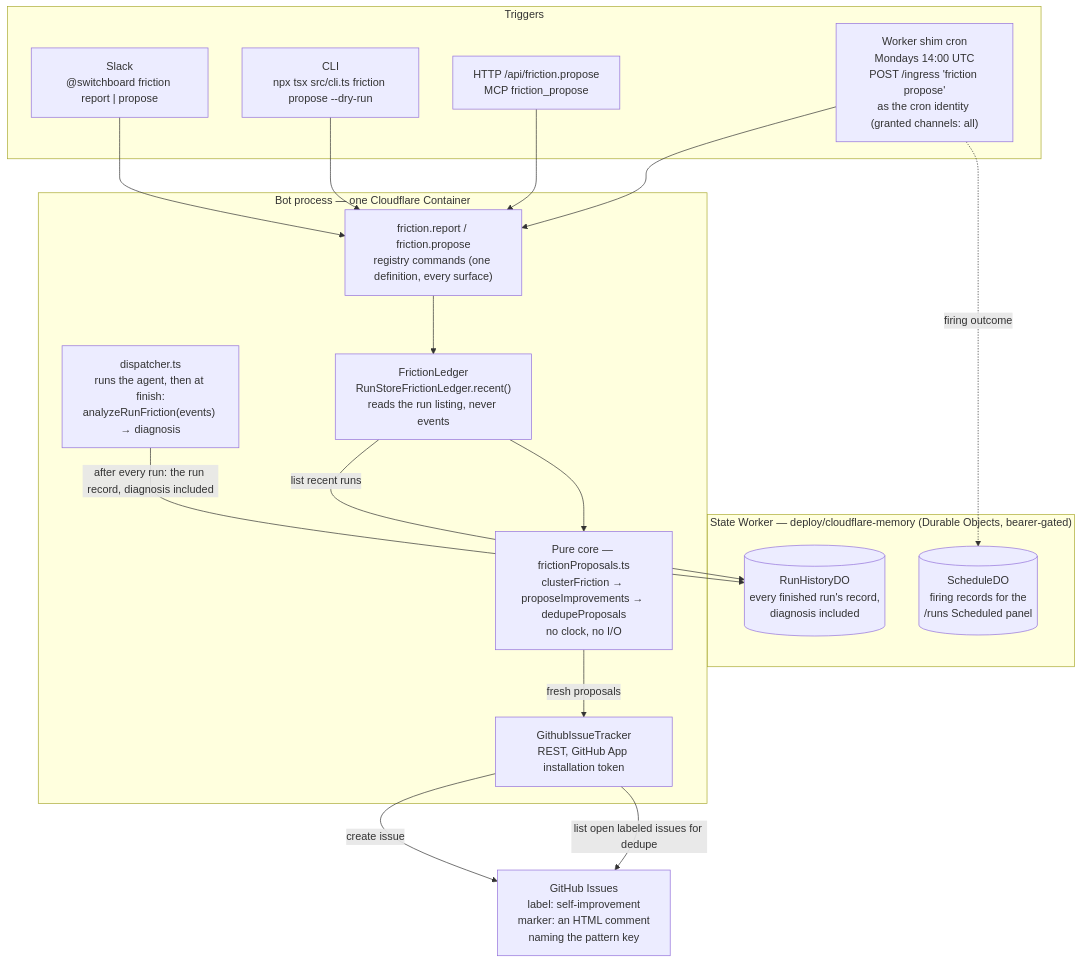
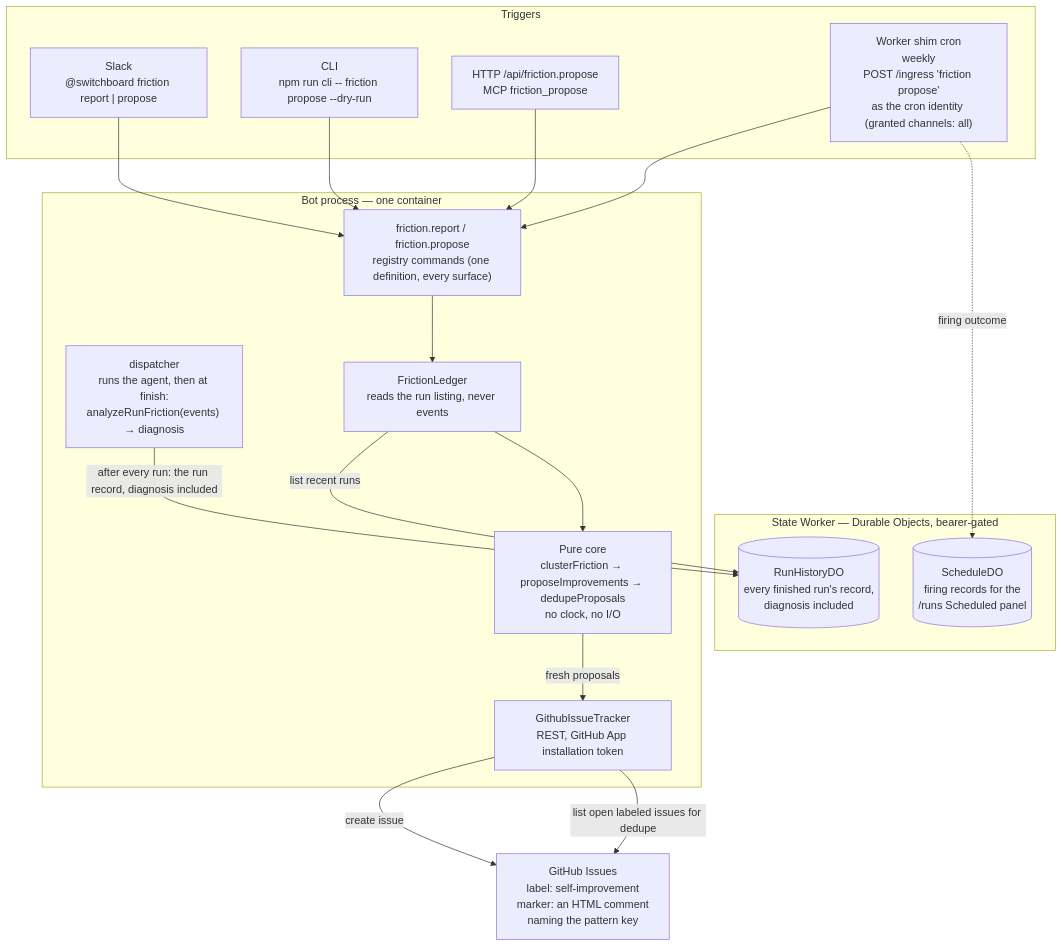
One commit to coreplanelabs/switchboard changed the second of 4 diagrams in docs/explanation/how-switchboard-improves-itself.md. Above: the diagram before and after it, drawn with Mermaid. The commit also changed other lines of this file and 41 other files, not shown here.

````diff
--- a/docs/explanation/how-switchboard-improves-itself.md
+++ b/docs/explanation/how-switchboard-improves-itself.md
@@ -38,33 +34,33 @@
 ```mermaid
 flowchart TB
     subgraph triggers ["Triggers"]
         SLACK["Slack<br/>@switchboard friction report | propose"]
-        CLI["CLI<br/>npx tsx src/cli.ts friction propose --dry-run"]
+        CLI["CLI<br/>npm run cli -- friction propose --dry-run"]
         API["HTTP /api/friction.propose<br/>MCP friction_propose"]
-        CRON["Worker shim cron<br/>Mondays 14:00 UTC<br/>POST /ingress 'friction propose'<br/>as the cron identity (granted channels: all)"]
+        CRON["Worker shim cron<br/>weekly<br/>POST /ingress 'friction propose'<br/>as the cron identity (granted channels: all)"]
     end
 
-    subgraph bot ["Bot process — one Cloudflare Container"]
-        DISP["dispatcher.ts<br/>runs the agent, then at finish:<br/>analyzeRunFriction(events) → diagnosis"]
-        LEDGER["FrictionLedger<br/>RunStoreFrictionLedger.recent()<br/>reads the run listing, never events"]
+    subgraph bot ["Bot process — one container"]
+        DISP["dispatcher<br/>runs the agent, then at finish:<br/>analyzeRunFriction(events) → diagnosis"]
+        LEDGER["FrictionLedger<br/>reads the run listing, never events"]
         CMD["friction.report / friction.propose<br/>registry commands (one definition, every surface)"]
-        PURE["Pure core — frictionProposals.ts<br/>clusterFriction → proposeImprovements → dedupeProposals<br/>no clock, no I/O"]
+        PURE["Pure core<br/>clusterFriction → proposeImprovements → dedupeProposals<br/>no clock, no I/O"]
         TRACKER["GithubIssueTracker<br/>REST, GitHub App installation token"]
     end
 
-    subgraph state ["State Worker — deploy/cloudflare-memory (Durable Objects, bearer-gated)"]
+    subgraph state ["State Worker — Durable Objects, bearer-gated"]
         HDO[("RunHistoryDO<br/>every finished run's record,<br/>diagnosis included")]
         SDO[("ScheduleDO<br/>firing records for the<br/>/runs Scheduled panel")]
     end
 
     GH["GitHub Issues<br/>label: self-improvement<br/>marker: an HTML comment<br/>naming the pattern key"]
 
     SLACK & CLI & API & CRON --> CMD
     DISP -->|after every run: the run record, diagnosis included| HDO
     CMD --> LEDGER
     LEDGER -->|list recent runs| HDO
     LEDGER --> PURE
     PURE -->|fresh proposals| TRACKER -->|create issue| GH
     TRACKER -->|list open labeled issues for dedupe| GH
     CRON -.->|firing outcome| SDO
 ```
````
